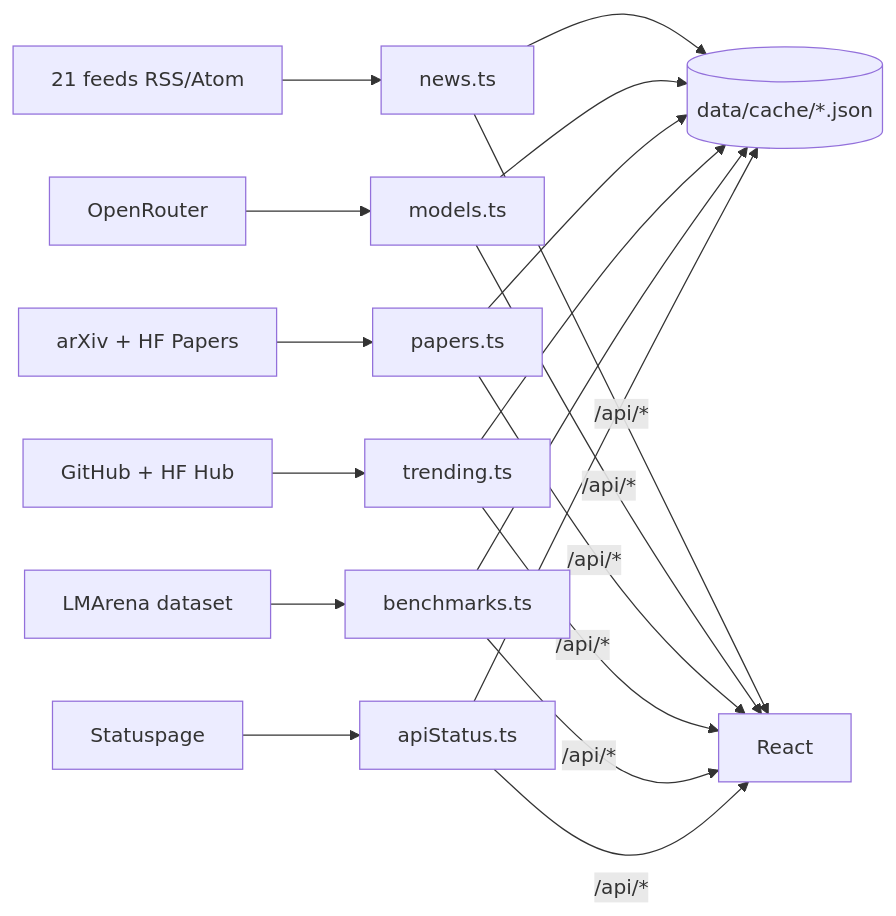
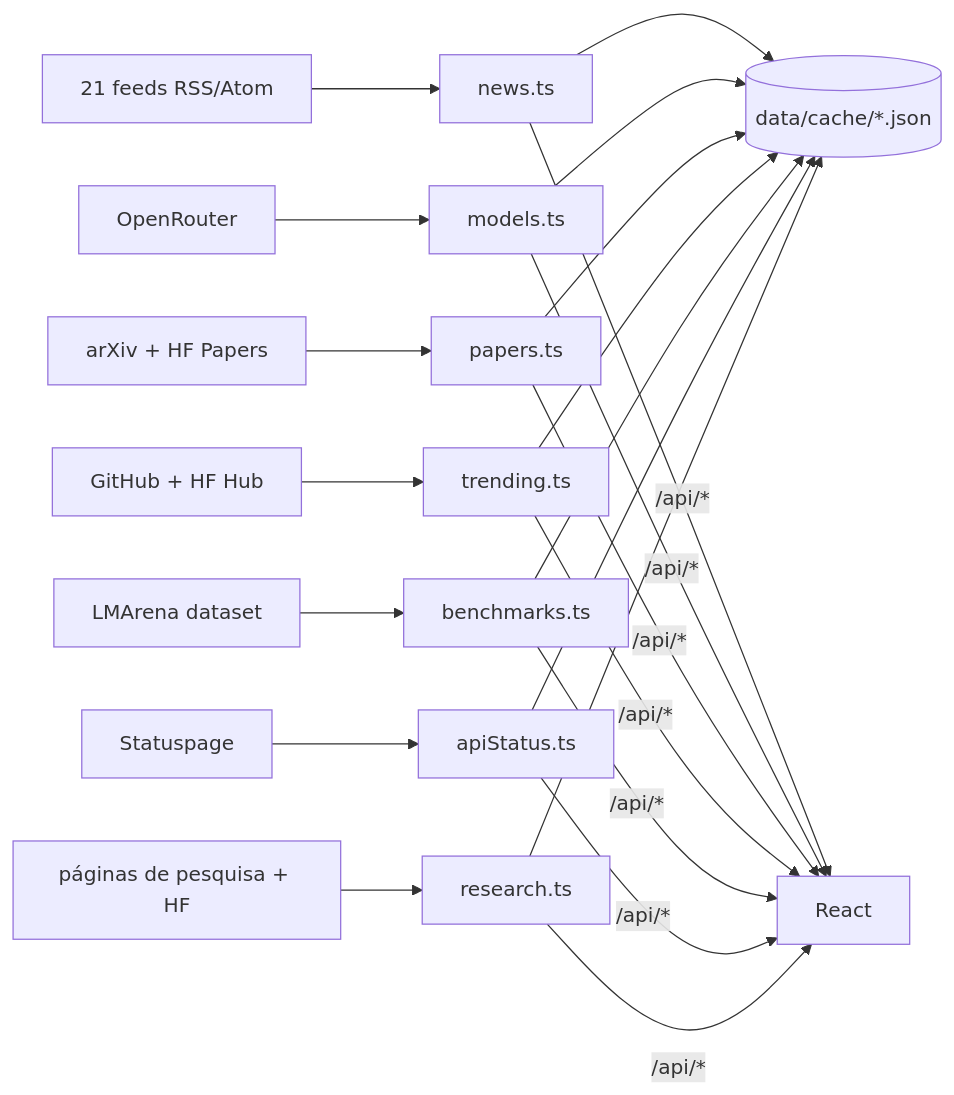
One commit to uni9aluno/AI-Tracking changed the diagram in README.md. Above: the diagram before and after it, drawn with Mermaid. The commit also changed other lines of this file and 27 other files, not shown here.

````diff
--- a/README.md
+++ b/README.md
@@ -17,11 +18,12 @@
 ```mermaid
 flowchart LR
   F[21 feeds RSS/Atom] --> N[news.ts]
   O[OpenRouter] --> M[models.ts]
   X[arXiv + HF Papers] --> P[papers.ts]
   G[GitHub + HF Hub] --> T[trending.ts]
   L[LMArena dataset] --> B[benchmarks.ts]
   S[Statuspage] --> A[apiStatus.ts]
-  N & M & P & T & B & A --> C[(data/cache/*.json)]
-  N & M & P & T & B & A -->|/api/*| UI[React]
+  R[páginas de pesquisa + HF] --> Q[research.ts]
+  N & M & P & T & B & A & Q --> C[(data/cache/*.json)]
+  N & M & P & T & B & A & Q -->|/api/*| UI[React]
 ```
````
